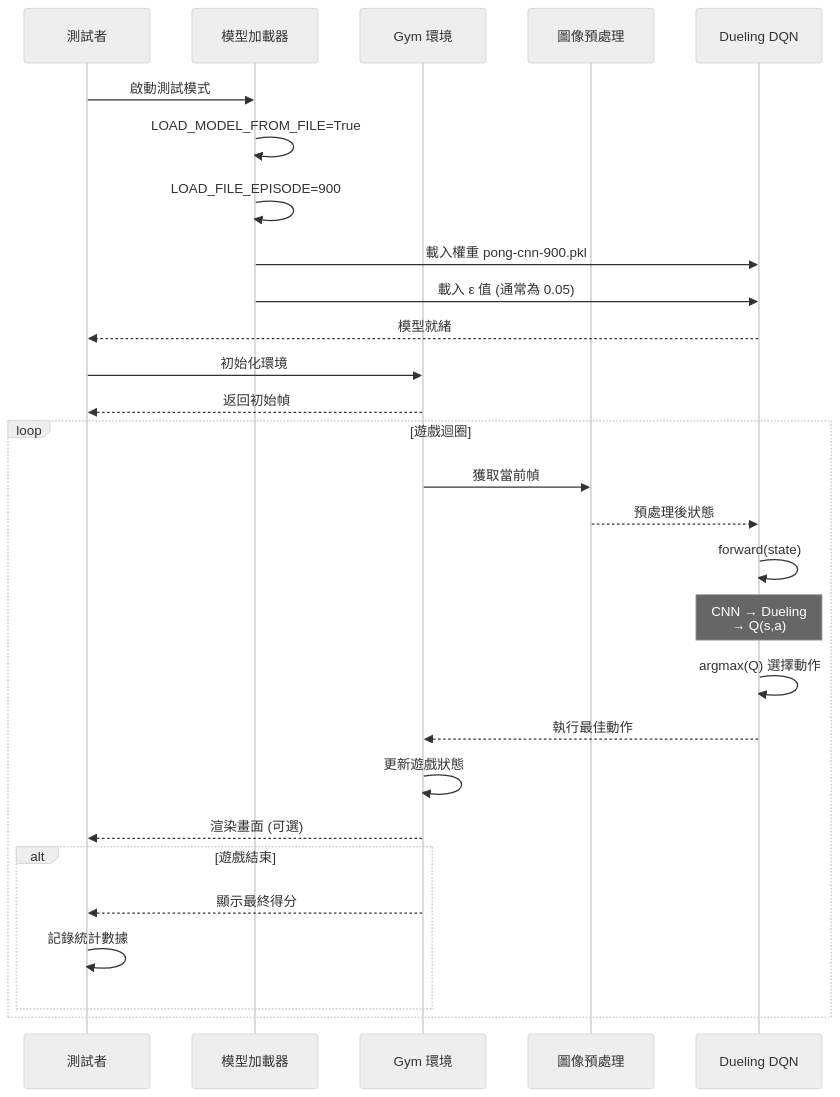
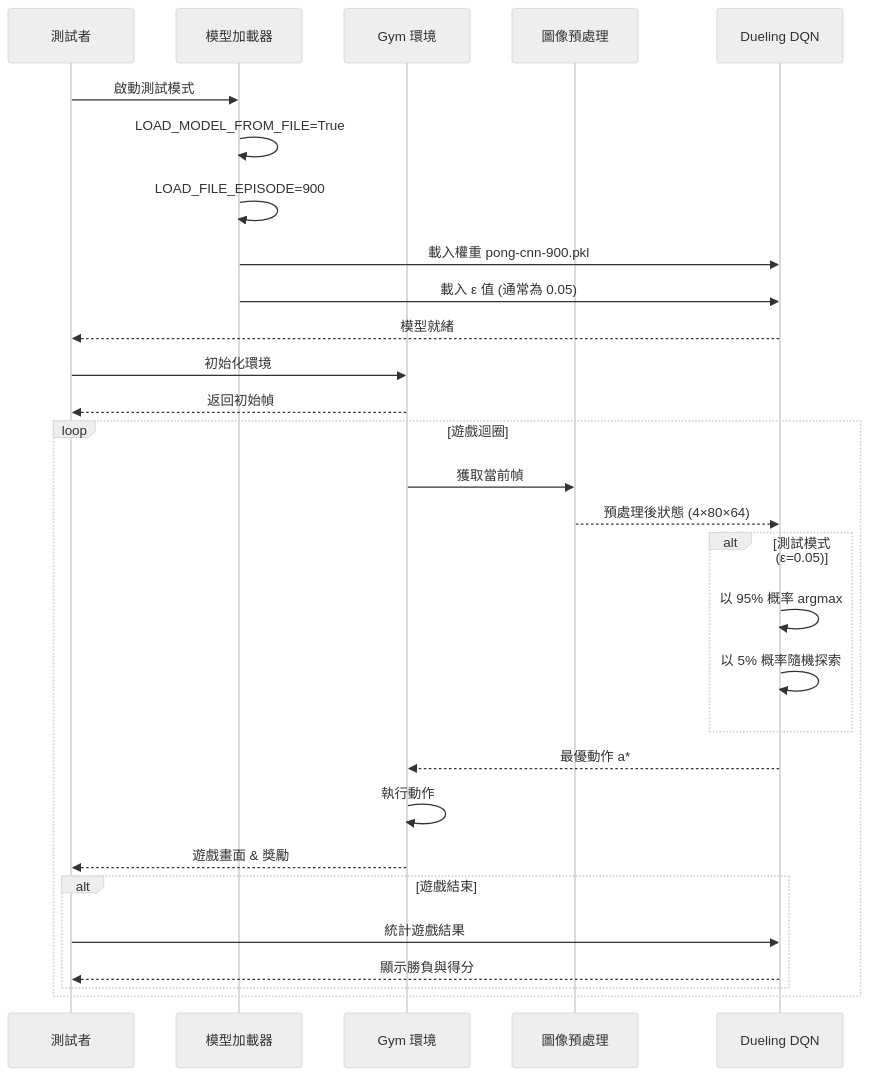
Before and after one commit to C111112104/ML_Game: the seventh of 7 diagrams in doc/ping-pong-ai-project.md, drawn with Mermaid (neutral theme). The commit also changed other lines of this file, not shown here.

````diff
--- a/doc/ping-pong-ai-project.md
+++ b/doc/ping-pong-ai-project.md
@@ -311,36 +468,37 @@
 ```mermaid
 sequenceDiagram
     participant User as 測試者
     participant Load as 模型加載器
     participant Env as Gym 環境
     participant Pre as 圖像預處理
     participant DQN as Dueling DQN
 
     User->>Load: 啟動測試模式
     Load->>Load: LOAD_MODEL_FROM_FILE=True
     Load->>Load: LOAD_FILE_EPISODE=900
     Load->>DQN: 載入權重 pong-cnn-900.pkl
     Load->>DQN: 載入 ε 值 (通常為 0.05)
     DQN-->>User: 模型就緒
 
     User->>Env: 初始化環境
     Env-->>User: 返回初始幀
 
     loop 遊戲迴圈
         Env->>Pre: 獲取當前幀
-        Pre-->>DQN: 預處理後狀態
+        Pre-->>DQN: 預處理後狀態 (4×80×64)
 
-        DQN->>DQN: forward(state)
-        Note over DQN: CNN → Dueling<br/>→ Q(s,a)
-        DQN->>DQN: argmax(Q) 選擇動作
-        DQN-->>Env: 執行最佳動作
+        alt 測試模式 (ε=0.05)
+            DQN->>DQN: 以 95% 概率 argmax
+            DQN->>DQN: 以 5% 概率隨機探索
+        end
 
-        Env->>Env: 更新遊戲狀態
-        Env-->>User: 渲染畫面 (可選)
+        DQN-->>Env: 最優動作 a*
+        Env->>Env: 執行動作
+        Env-->>User: 遊戲畫面 & 獎勵
 
         alt 遊戲結束
-            Env-->>User: 顯示最終得分
-            User->>User: 記錄統計數據
+            User->>DQN: 統計遊戲結果
+            DQN-->>User: 顯示勝負與得分
         end
     end
 ```
````
